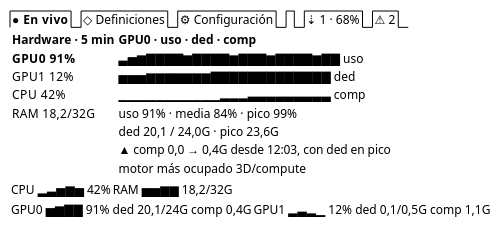
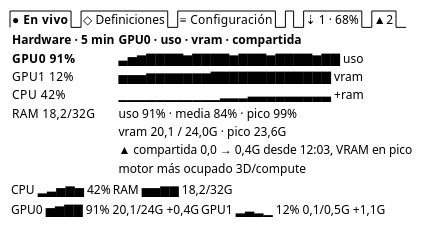
The diagram in docs/propuestas/tui-rediseno/D-hardware.salt.puml (mstranich/coquena), drawn with PlantUML before and after one commit. The commit also changed 44 other files, not shown here.

```diff
--- a/docs/propuestas/tui-rediseno/D-hardware.salt.puml
+++ b/docs/propuestas/tui-rediseno/D-hardware.salt.puml
@@ -1,25 +1,25 @@
 @startsalt
 {
-  {/ <b>● En vivo | ◇ Definiciones | ⚙ Configuración | . | ⇣ 1 · 68% | ⚠ 2 }
+  {/ <b>● En vivo | ◇ Definiciones | ≡ Configuración | . | ⇣ 1 · 68% | ▲ 2 }
   {
     {
       <b>Hardware · 5 min
       <b>GPU0  91%
       GPU1  12%
       CPU  42%
       RAM  18,2/32G
     } | {
-      <b>GPU0 · uso · ded · comp
+      <b>GPU0 · uso · vram · compartida
       ▃▅▆▇▇▇▇▆▇▇▇▇▆▇▇▇▆▇▇▇▇▆▇▇ uso
-      ▅▅▅▆▆▆▆▆▆▆▇▇▇▇▇▇▇▇▇▇▇▇▇ ded
-      ▁▁▁▁▁▁▁▁▁▁▁▂▂▂▃▃▃▃▃▃▃▃▃ comp
+      ▅▅▅▆▆▆▆▆▆▆▇▇▇▇▇▇▇▇▇▇▇▇▇ vram
+      ▁▁▁▁▁▁▁▁▁▁▁▂▂▂▃▃▃▃▃▃▃▃▃ +ram
       uso 91% · media 84% · pico 99%
-      ded 20,1 / 24,0G · pico 23,6G
-      ▲ comp 0,0 → 0,4G desde 12:03, con ded en pico
+      vram 20,1 / 24,0G · pico 23,6G
+      ▲ compartida 0,0 → 0,4G desde 12:03, VRAM en pico
       motor más ocupado 3D/compute
     }
   }
   { CPU ▂▃▅▆▅ 42% | RAM ▅▅▆▆ 18,2/32G }
-  { GPU0 ▅▆▇▇ 91% ded 20,1/24G comp 0,4G | GPU1 ▂▃▂▁ 12% ded 0,1/0,5G comp 1,1G }
+  { GPU0 ▅▆▇▇ 91% 20,1/24G +0,4G | GPU1 ▂▃▂▁ 12% 0,1/0,5G +1,1G }
 }
 @endsalt
```
